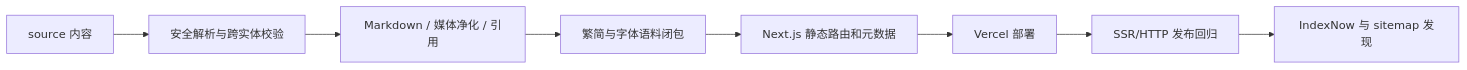
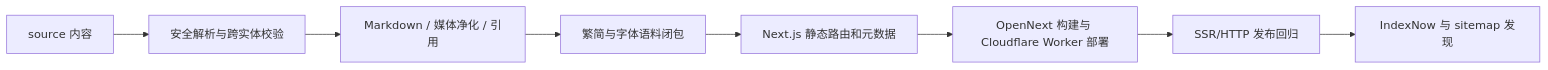
One commit to ShenSheiBot/genshinken changed the diagram in docs/architecture/content-pipeline.md. Above: the diagram before and after it, drawn with Mermaid. The commit also changed other lines of this file and 42 other files, not shown here.

````diff
--- a/docs/architecture/content-pipeline.md
+++ b/docs/architecture/content-pipeline.md
@@ -9,10 +9,10 @@
 ```mermaid
 flowchart LR
   A["source 内容"] --> B["安全解析与跨实体校验"]
   B --> C["Markdown / 媒体净化 / 引用"]
   C --> D["繁简与字体语料闭包"]
   D --> E["Next.js 静态路由和元数据"]
-  E --> F["Vercel 部署"]
+  E --> F["OpenNext 构建与 Cloudflare Worker 部署"]
   F --> G["SSR/HTTP 发布回归"]
   G --> H["IndexNow 与 sitemap 发现"]
 ```
````
